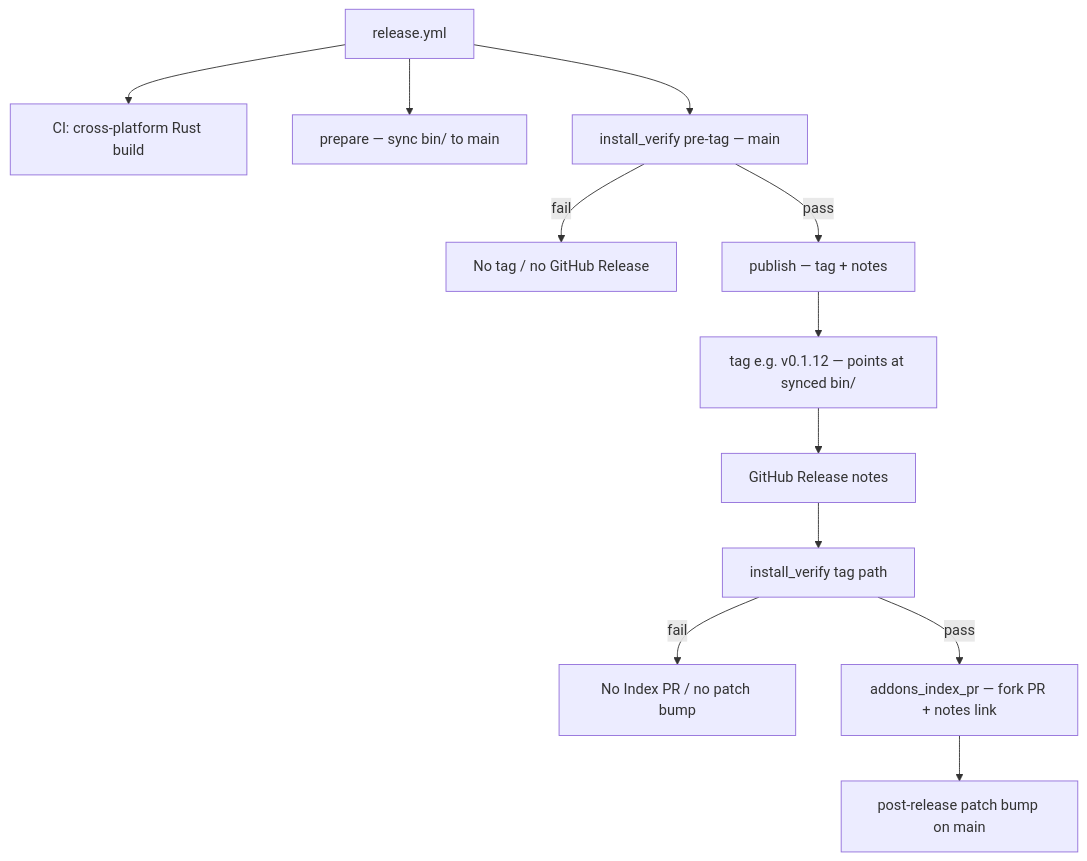
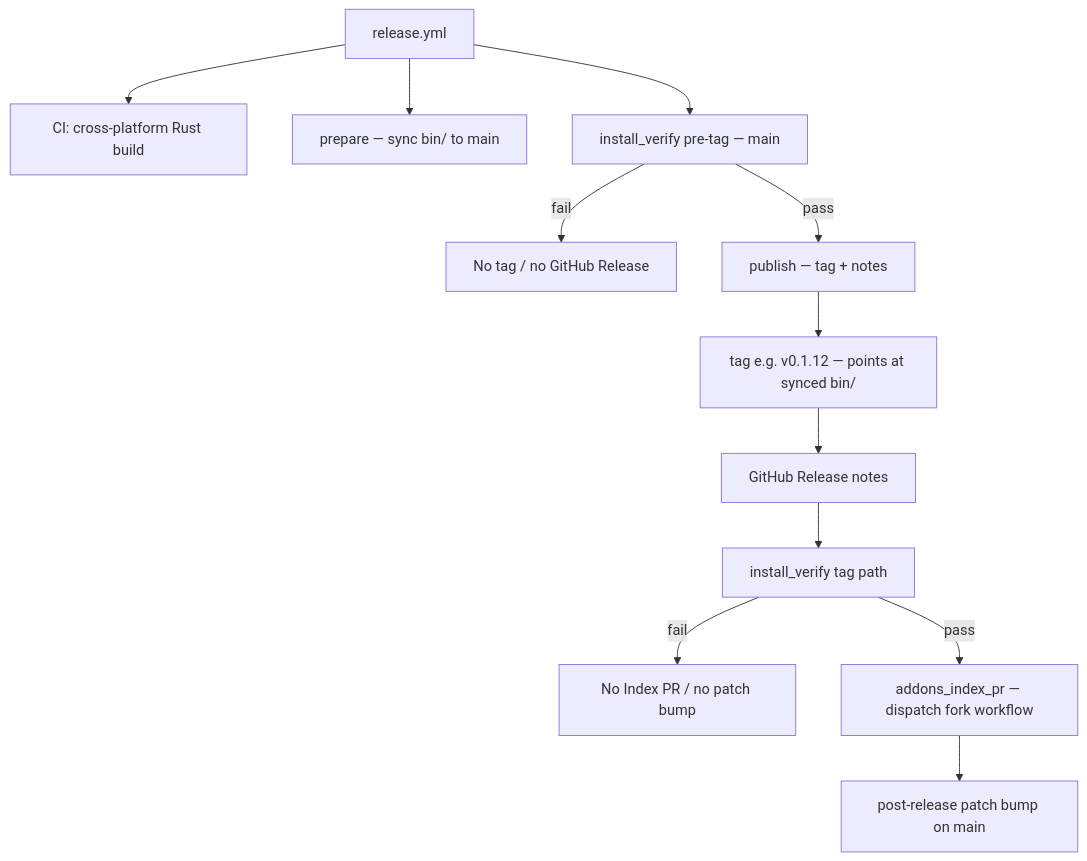
The first of 2 diagrams in MAINTAINING.md (CREATeNG/freecad-mcp-bridge), drawn with Mermaid before and after one commit. The commit also changed other lines of this file and 4 other files, not shown here.

First line of the commit message:
Move Index PR automation to fork via repository_dispatch

````diff
--- a/MAINTAINING.md
+++ b/MAINTAINING.md
@@ -72,15 +72,15 @@
 ```mermaid
 flowchart TD
   R[release.yml]
   R --> build[CI: cross-platform Rust build]
   R --> prep[prepare — sync bin/ to main]
   R --> verify[install_verify pre-tag — main]
   verify -->|fail| stop[No tag / no GitHub Release]
   verify -->|pass| pub[publish — tag + notes]
   pub --> tag[tag e.g. v0.1.12 — points at synced bin/]
   tag --> gh[GitHub Release notes]
   gh --> postverify[install_verify tag path]
   postverify -->|fail| stop2[No Index PR / no patch bump]
-  postverify -->|pass| indexpr[addons_index_pr — fork PR + notes link]
+  postverify -->|pass| indexpr[addons_index_pr — dispatch fork workflow]
   indexpr --> zbump[post-release patch bump on main]
 ```
````
